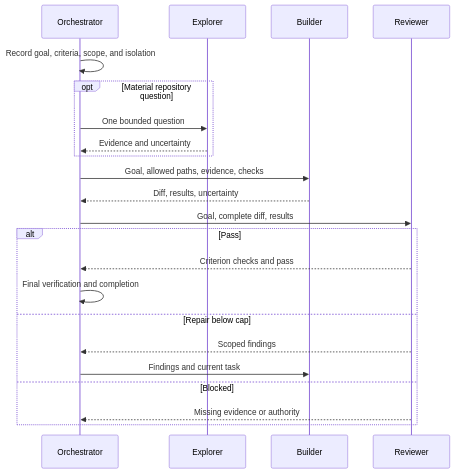
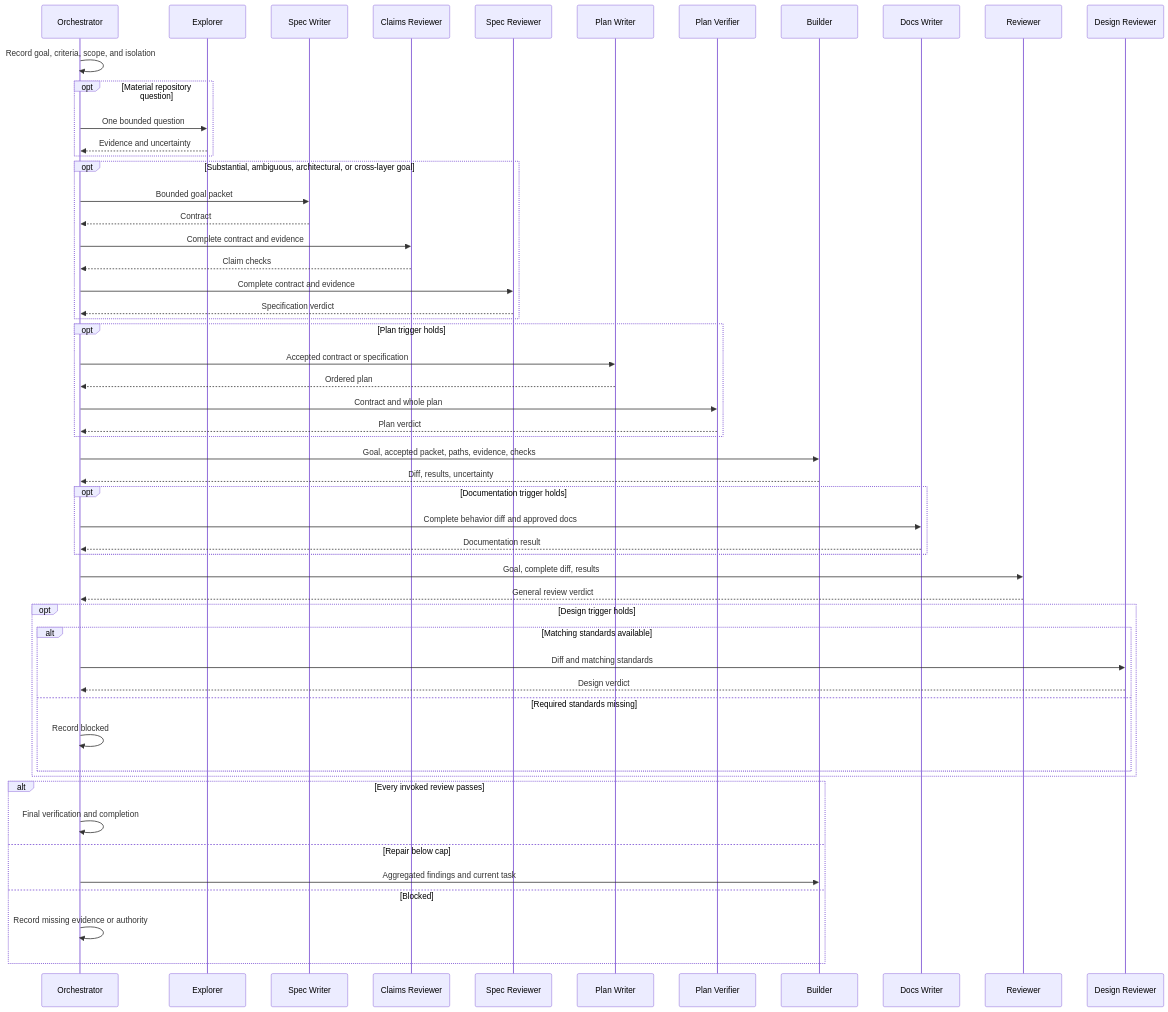
The fourth of 4 diagrams in docs/WHITEPAPER.md (divyekant/Olympus), drawn with Mermaid before and after one commit. The commit also changed other lines of this file and 23 other files, not shown here.

````diff
--- a/docs/WHITEPAPER.md
+++ b/docs/WHITEPAPER.md
@@ -101,24 +135,56 @@
 ```mermaid
 sequenceDiagram
     participant O as Orchestrator
     participant E as Explorer
+    participant S as Spec Writer
+    participant CR as Claims Reviewer
+    participant SR as Spec Reviewer
+    participant P as Plan Writer
+    participant PV as Plan Verifier
     participant B as Builder
+    participant D as Docs Writer
     participant R as Reviewer
+    participant DR as Design Reviewer
     O->>O: Record goal, criteria, scope, and isolation
     opt Material repository question
         O->>E: One bounded question
         E-->>O: Evidence and uncertainty
     end
-    O->>B: Goal, allowed paths, evidence, checks
+    opt Substantial, ambiguous, architectural, or cross-layer goal
+        O->>S: Bounded goal packet
+        S-->>O: Contract
+        O->>CR: Complete contract and evidence
+        CR-->>O: Claim checks
+        O->>SR: Complete contract and evidence
+        SR-->>O: Specification verdict
+    end
+    opt Plan trigger holds
+        O->>P: Accepted contract or specification
+        P-->>O: Ordered plan
+        O->>PV: Contract and whole plan
+        PV-->>O: Plan verdict
+    end
+    O->>B: Goal, accepted packet, paths, evidence, checks
     B-->>O: Diff, results, uncertainty
+    opt Documentation trigger holds
+        O->>D: Complete behavior diff and approved docs
+        D-->>O: Documentation result
+    end
     O->>R: Goal, complete diff, results
-    alt Pass
-        R-->>O: Criterion checks and pass
+    R-->>O: General review verdict
+    opt Design trigger holds
+        alt Matching standards available
+            O->>DR: Diff and matching standards
+            DR-->>O: Design verdict
+        else Required standards missing
+            O->>O: Record blocked
+        end
+    end
+    alt Every invoked review passes
         O->>O: Final verification and completion
     else Repair below cap
-        R-->>O: Scoped findings
-        O->>B: Findings and current task
+        O->>B: Aggregated findings and current task
     else Blocked
-        R-->>O: Missing evidence or authority
+        O->>O: Record missing evidence or authority
     end
 ```
````
